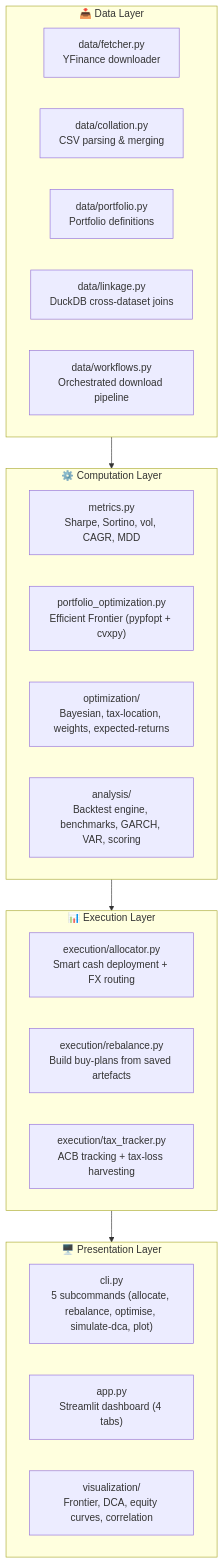
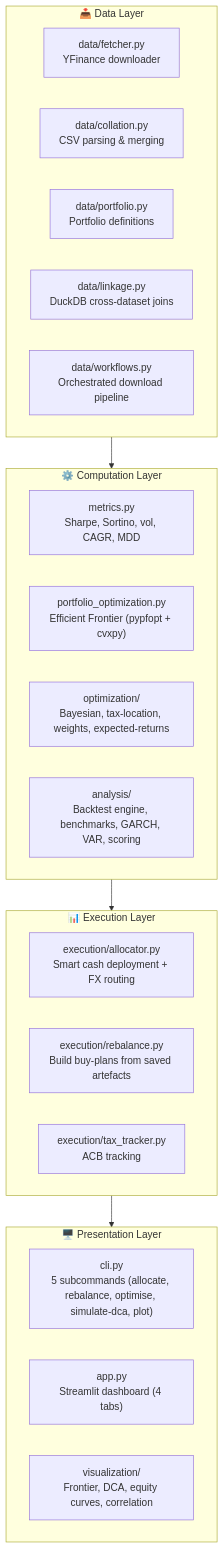
The diagram in README.md (janusson/PySharpe), drawn with Mermaid before and after one commit. The commit also changed other lines of this file and 11 other files, not shown here.

````diff
--- a/README.md
+++ b/README.md
@@ -71,48 +71,48 @@
 ```mermaid
 flowchart TD
     subgraph Input["📥 Data Layer"]
         D1["data/fetcher.py
 YFinance downloader"]
         D2["data/collation.py
 CSV parsing & merging"]
         D3["data/portfolio.py
 Portfolio definitions"]
         D4["data/linkage.py
 DuckDB cross-dataset joins"]
         D5["data/workflows.py
 Orchestrated download pipeline"]
     end
 
     subgraph Compute["⚙️ Computation Layer"]
         M["metrics.py
 Sharpe, Sortino, vol, CAGR, MDD"]
         PO["portfolio_optimization.py
 Efficient Frontier (pypfopt + cvxpy)"]
         OPT["optimization/
 Bayesian, tax-location, weights, expected-returns"]
         AN["analysis/
 Backtest engine, benchmarks, GARCH, VAR, scoring"]
     end
 
     subgraph Execute["📊 Execution Layer"]
         AL["execution/allocator.py
 Smart cash deployment + FX routing"]
         RB["execution/rebalance.py
 Build buy-plans from saved artefacts"]
         TX["execution/tax_tracker.py
-ACB tracking + tax-loss harvesting"]
+ACB tracking"]
     end
 
     subgraph Present["🖥️ Presentation Layer"]
         CLI["cli.py
 5 subcommands (allocate, rebalance, optimise, simulate-dca, plot)"]
         APP["app.py
 Streamlit dashboard (4 tabs)"]
         VIZ["visualization/
 Frontier, DCA, equity curves, correlation"]
     end
 
     Input --> Compute
     Compute --> Execute
     Execute --> Present
 ```
````
